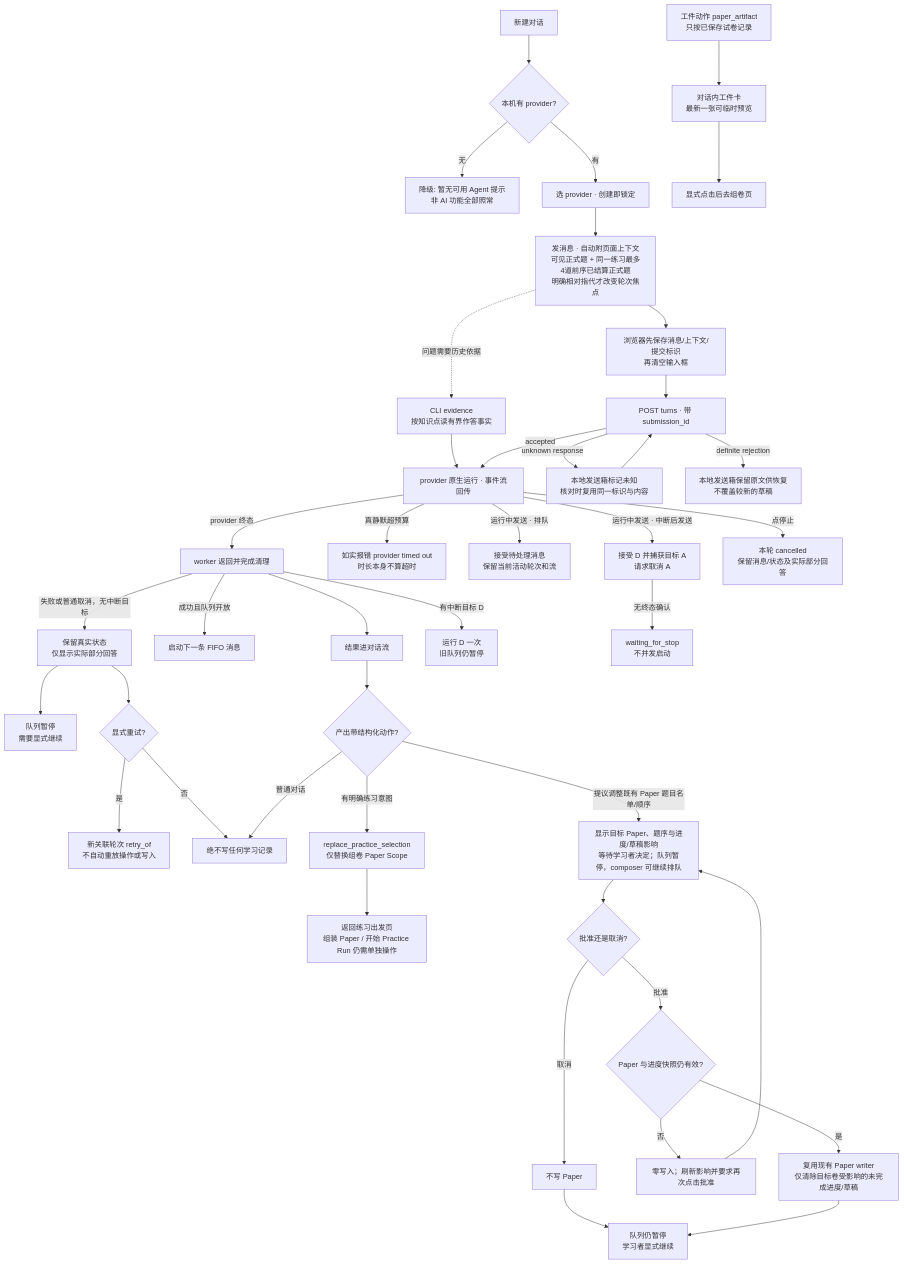
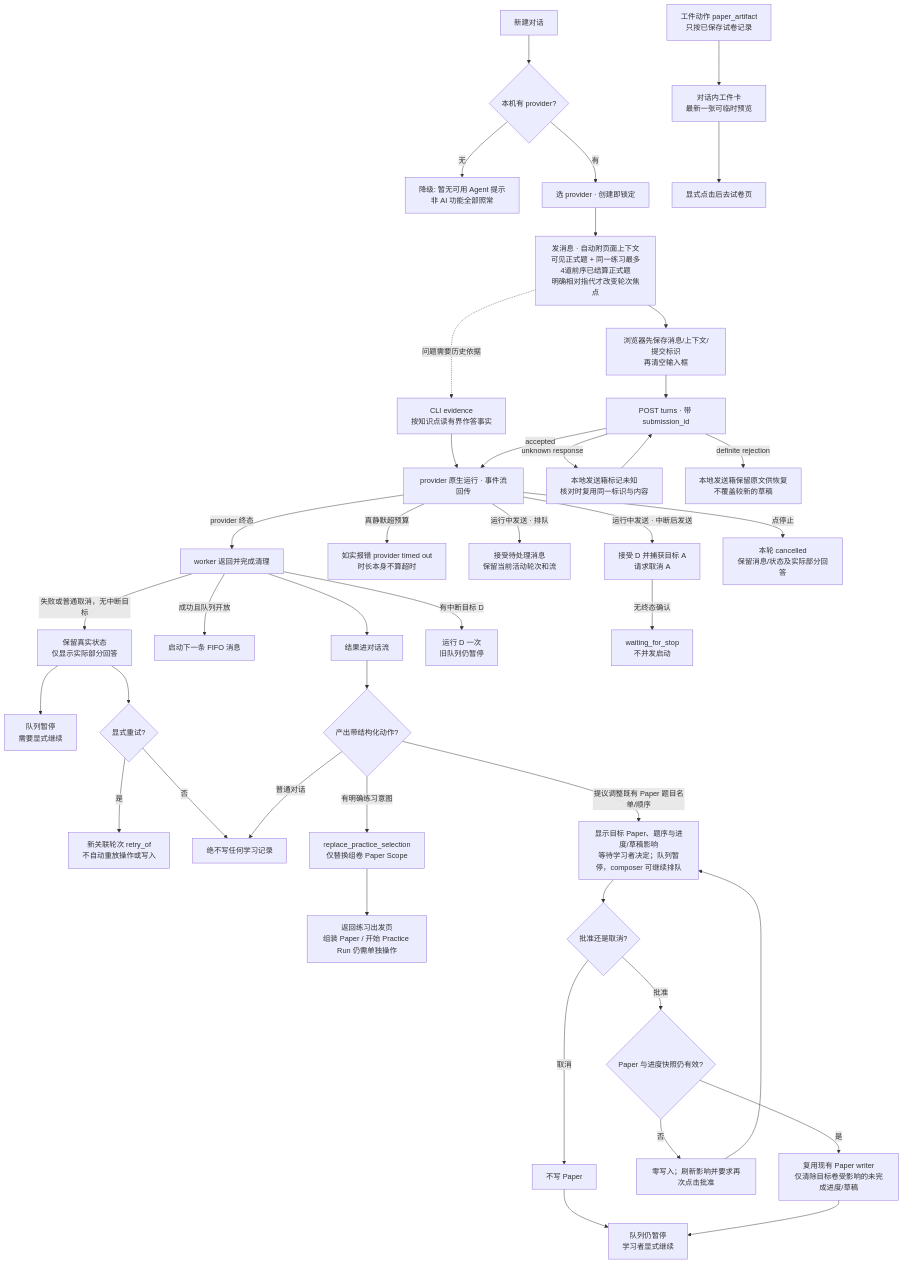
One commit to Amazinnn/Lesson-Kit changed the fourth of 10 diagrams in docs/action-graph/L4-workflows.md. Above: the diagram before and after it, drawn with Mermaid. The commit also changed other lines of this file and 8 other files, not shown here.

Commit message:
docs: reconcile paper practice flows

````diff
--- a/docs/action-graph/L4-workflows.md
+++ b/docs/action-graph/L4-workflows.md
@@ -99,43 +95,43 @@
 ```mermaid
 flowchart TD
   A[新建对话] --> B{本机有 provider?}
   B -- 无 --> Z1[降级: 暂无可用 Agent 提示<br/>非 AI 功能全部照常]
   B -- 有 --> C[选 provider · 创建即锁定]
   C --> D[发消息 · 自动附页面上下文<br/>可见正式题 + 同一练习最多4道前序已结算正式题<br/>明确相对指代才改变轮次焦点]
   D -. 问题需要历史依据 .-> D1[CLI evidence<br/>按知识点读有界作答事实]
   D1 --> E
   D --> D0[浏览器先保存消息/上下文/提交标识<br/>再清空输入框]
   D0 --> Dsend[POST turns · 带 submission_id]
   Dsend -- accepted --> E[provider 原生运行 · 事件流回传]
   Dsend -- unknown response --> F5[本地发送箱标记未知<br/>核对时复用同一标识与内容]
   F5 --> Dsend
   Dsend -- definite rejection --> F6[本地发送箱保留原文供恢复<br/>不覆盖较新的草稿]
   E -- provider 终态 --> T[worker 返回并完成清理]
   T --> F[结果进对话流]
   T -- 成功且队列开放 --> F0[启动下一条 FIFO 消息]
   T -- 失败或普通取消，无中断目标 --> F1[保留真实状态<br/>仅显示实际部分回答]
   F1 --> Fpause[队列暂停<br/>需要显式继续]
   T -- 有中断目标 D --> I1[运行 D 一次<br/>旧队列仍暂停]
   F1 --> F7{显式重试?}
   F7 -- 是 --> F8[新关联轮次 retry_of<br/>不自动重放操作或写入]
   F7 -- 否 --> I
   E -- 真静默超预算 --> F4[如实报错 provider timed out<br/>时长本身不算超时]
   E -- 运行中发送 · 排队 --> Q[接受待处理消息<br/>保留当前活动轮次和流]
   E -- 运行中发送 · 中断后发送 --> I0[接受 D 并捕获目标 A<br/>请求取消 A]
   I0 -- 无终态确认 --> I2[waiting_for_stop<br/>不并发启动]
   E -- 点停止 --> F3[本轮 cancelled<br/>保留消息/状态及实际部分回答]
   F --> G{产出带结构化动作?}
   G -- 有明确练习意图 --> H[replace_practice_selection<br/>仅替换组卷 Paper Scope]
   H --> H1[返回练习出发页<br/>组装 Paper / 开始 Practice Run 仍需单独操作]
   G -- 提议调整既有 Paper 题目名单/顺序 --> P0[显示目标 Paper、题序与进度/草稿影响<br/>等待学习者决定；队列暂停，composer 可继续排队]
   P0 --> P1{批准还是取消?}
   P1 -- 取消 --> P2[不写 Paper]
   P1 -- 批准 --> P3{Paper 与进度快照仍有效?}
   P3 -- 否 --> P4[零写入；刷新影响并要求再次点击批准]
   P4 --> P0
   P3 -- 是 --> P5[复用现有 Paper writer<br/>仅清除目标卷受影响的未完成进度/草稿]
   P2 & P5 --> P6[队列仍暂停<br/>学习者显式继续]
   G -- 普通对话 --> I[绝不写任何学习记录]
   A5[工件动作 paper_artifact<br/>只按已保存试卷记录] --> A6[对话内工件卡<br/>最新一张可临时预览]
-  A6 --> A7[显式点击后去组卷页]
+  A6 --> A7[显式点击后去试卷页]
 ```
````
